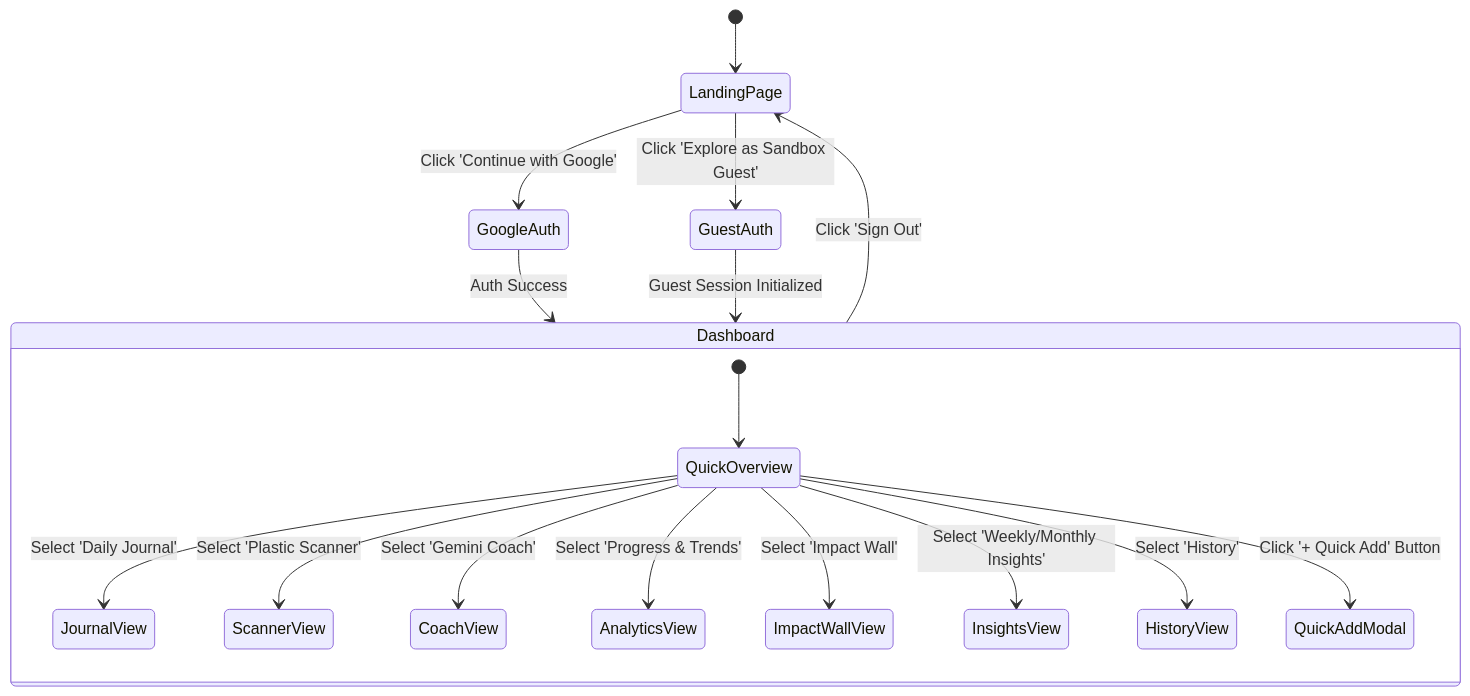
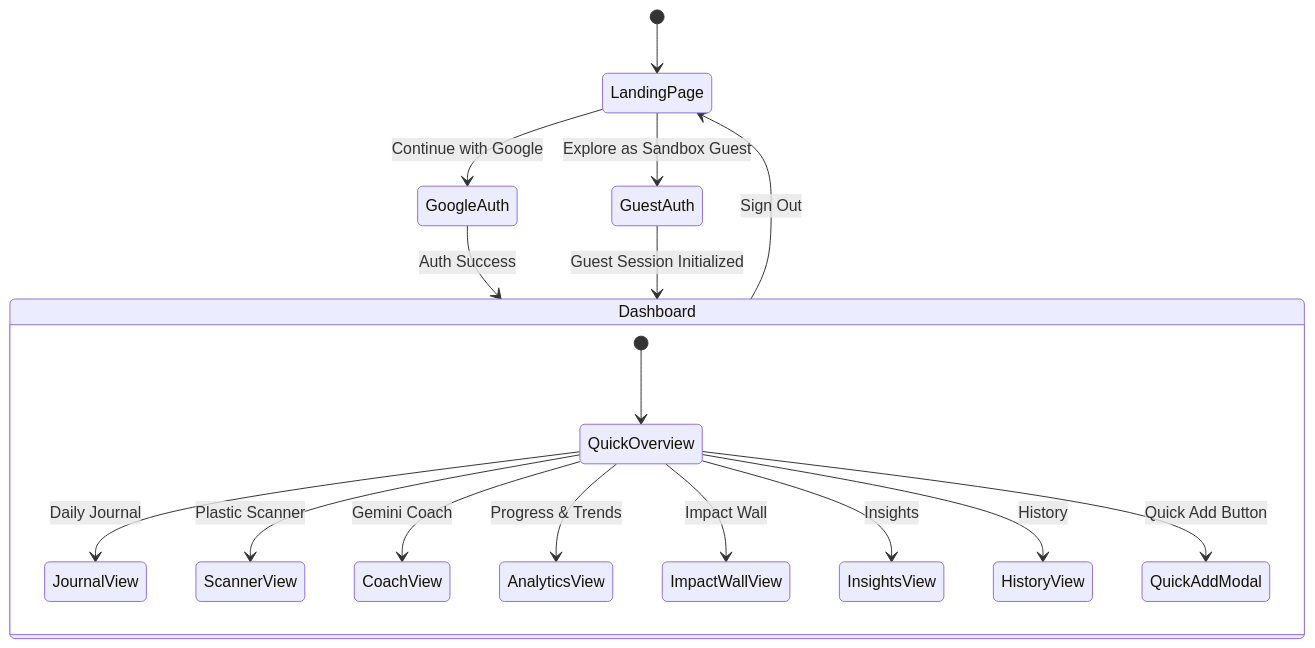
One commit to milanbohara101-create/Plastic-Consumption-Tracker changed the second of 6 diagrams in README.md. Above: the diagram before and after it, drawn with Mermaid. The commit also changed other lines of this file and 6 other files, not shown here.

````diff
--- a/README.md
+++ b/README.md
@@ -98,22 +98,22 @@
 ```mermaid
 stateDiagram-v2
     [*] --> LandingPage
-    LandingPage --> GoogleAuth : Click 'Continue with Google'
-    LandingPage --> GuestAuth : Click 'Explore as Sandbox Guest'
+    LandingPage --> GoogleAuth : Continue with Google
+    LandingPage --> GuestAuth : Explore as Sandbox Guest
     GoogleAuth --> Dashboard : Auth Success
     GuestAuth --> Dashboard : Guest Session Initialized
 
     state Dashboard {
         [*] --> QuickOverview
-        QuickOverview --> JournalView : Select 'Daily Journal'
-        QuickOverview --> ScannerView : Select 'Plastic Scanner'
-        QuickOverview --> CoachView : Select 'Gemini Coach'
-        QuickOverview --> AnalyticsView : Select 'Progress & Trends'
-        QuickOverview --> ImpactWallView : Select 'Impact Wall'
-        QuickOverview --> InsightsView : Select 'Weekly/Monthly Insights'
-        QuickOverview --> HistoryView : Select 'History'
-        QuickOverview --> QuickAddModal : Click '+ Quick Add' Button
+        QuickOverview --> JournalView : Daily Journal
+        QuickOverview --> ScannerView : Plastic Scanner
+        QuickOverview --> CoachView : Gemini Coach
+        QuickOverview --> AnalyticsView : Progress & Trends
+        QuickOverview --> ImpactWallView : Impact Wall
+        QuickOverview --> InsightsView : Insights
+        QuickOverview --> HistoryView : History
+        QuickOverview --> QuickAddModal : Quick Add Button
     }
 
-    Dashboard --> LandingPage : Click 'Sign Out'
+    Dashboard --> LandingPage : Sign Out
 ```
````
